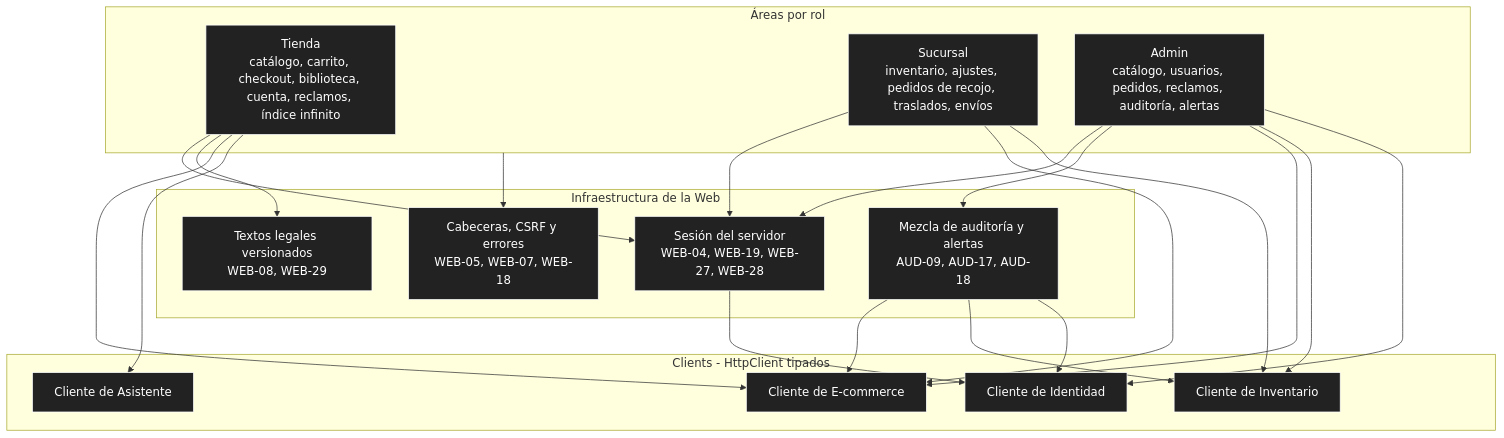
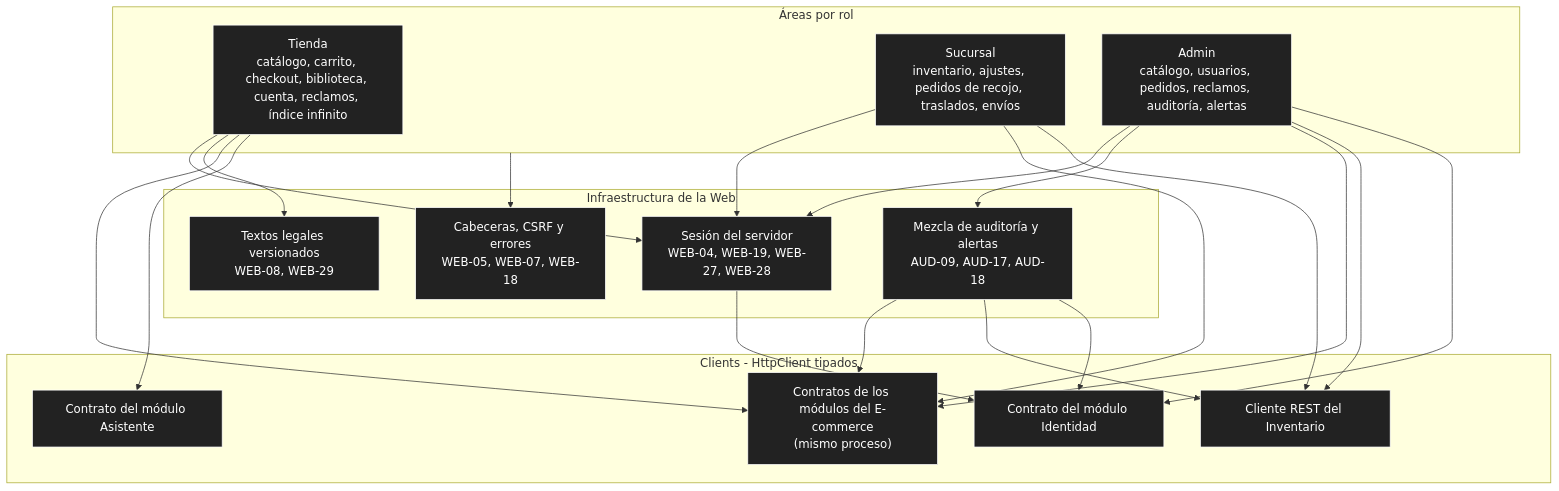
The fifth of 5 diagrams in docs/04-modelo-c4/02-componentes.md (P35C4D0R4B1050/BabelHub), drawn with Mermaid before and after one commit. The commit also changed other lines of this file and 34 other files, not shown here.

First line of the commit message:
docs: reformulate the architecture around two modular services and six quality attributes

````diff
--- a/docs/04-modelo-c4/02-componentes.md
+++ b/docs/04-modelo-c4/02-componentes.md
@@ -286,43 +288,43 @@
 ```mermaid
 flowchart TD
 subgraph AREAS["Áreas por rol"]
 TIE["Tienda<br/>catálogo, carrito, checkout, biblioteca, cuenta, reclamos, índice infinito"]
 SUC["Sucursal<br/>inventario, ajustes, pedidos de recojo, traslados, envíos"]
 ADM["Admin<br/>catálogo, usuarios, pedidos, reclamos, auditoría, alertas"]
 end
 
 subgraph INF["Infraestructura de la Web"]
 SESW["Sesión del servidor<br/>WEB-04, WEB-19, WEB-27, WEB-28"]
 SEGW["Cabeceras, CSRF y errores<br/>WEB-05, WEB-07, WEB-18"]
 LEG["Textos legales versionados<br/>WEB-08, WEB-29"]
 MEZ["Mezcla de auditoría y alertas<br/>AUD-09, AUD-17, AUD-18"]
 end
 
 subgraph CLI["Clients - HttpClient tipados"]
-CE["Cliente de E-commerce"]
-CI["Cliente de Inventario"]
-CD["Cliente de Identidad"]
-CA["Cliente de Asistente"]
+CE["Contratos de los módulos del E-commerce<br/>(mismo proceso)"]
+CI["Cliente REST del Inventario"]
+CD["Contrato del módulo Identidad"]
+CA["Contrato del módulo Asistente"]
 end
 
 TIE --> SESW
 SUC --> SESW
 ADM --> SESW
 ADM --> MEZ
 TIE --> LEG
 TIE --> CE
 TIE --> CA
 SUC --> CE
 SUC --> CI
 ADM --> CE
 ADM --> CI
 ADM --> CD
 MEZ --> CE
 MEZ --> CI
 MEZ --> CD
 SESW --> CD
 AREAS --> SEGW
 
 classDef n fill:#222,stroke:#fff,color:#fff
 class TIE,SUC,ADM,SESW,SEGW,LEG,MEZ,CE,CI,CD,CA n
 ```
````
